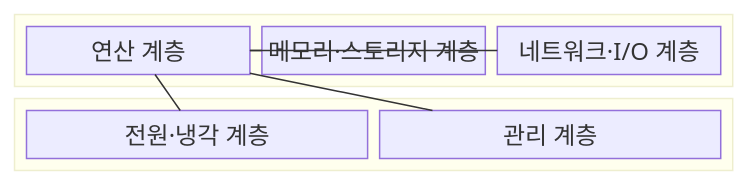
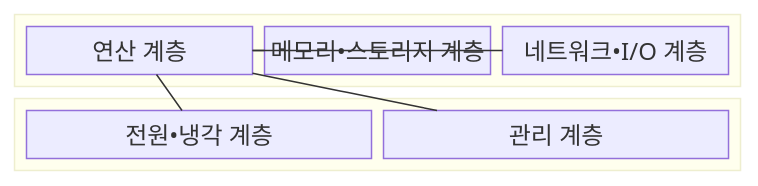
Before and after one commit to agnusdei1207/knowledge-base: the first of 2 diagrams in src/content/docs/notes/02-hardware/054_data_center_server_architecture.md, drawn with Mermaid. The commit also changed other lines of this file and 953 other files, not shown here.

````diff
--- a/src/content/docs/notes/02-hardware/054_data_center_server_architecture.md
+++ b/src/content/docs/notes/02-hardware/054_data_center_server_architecture.md
@@ -68,19 +68,19 @@
 ```mermaid
 block
     columns 1
     block:Server
         columns 3
         C["연산 계층"]
-        M["메모리·스토리지 계층"]
-        N["네트워크·I/O 계층"]
+        M["메모리•스토리지 계층"]
+        N["네트워크•I/O 계층"]
     end
     block:Support
         columns 2
-        P["전원·냉각 계층"]
+        P["전원•냉각 계층"]
         B["관리 계층"]
     end
     C --- M
     C --- N
     C --- P
     C --- B
 ```
````
